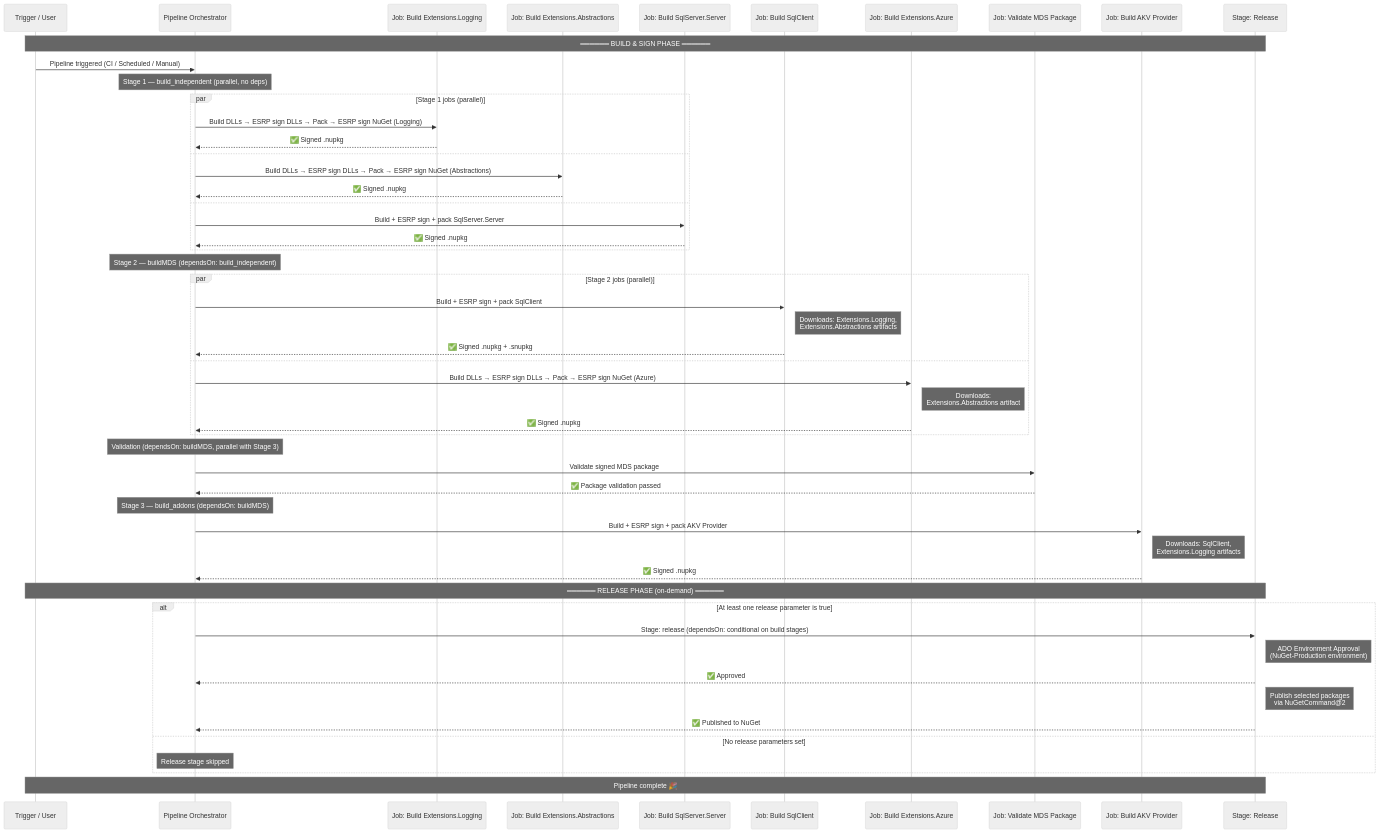
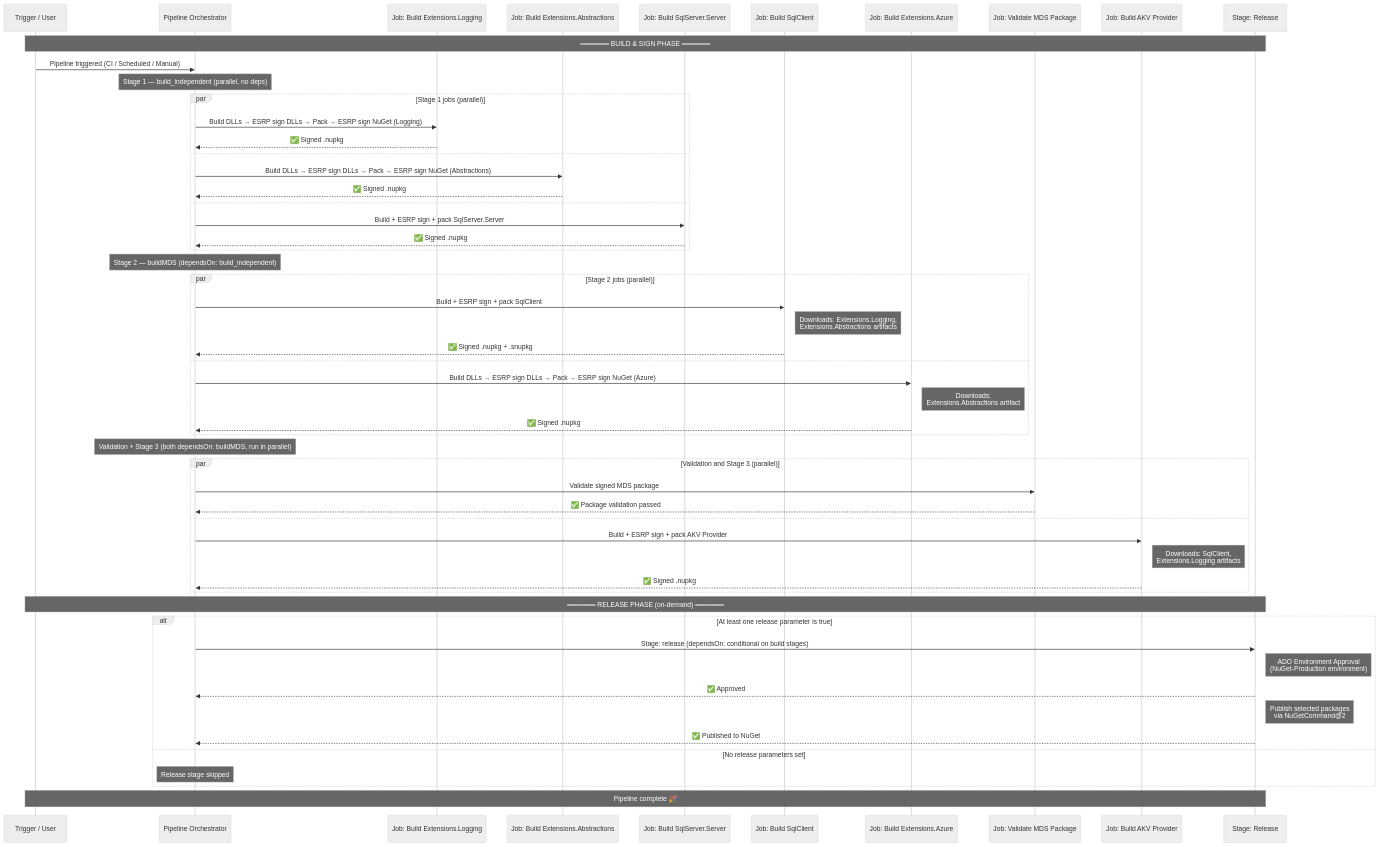
One commit to dotnet/SqlClient changed the diagram in .github/instructions/onebranch-pipeline-design.instructions.md. Above: the diagram before and after it, drawn with Mermaid (neutral theme).

Commit message:
Updated sequence diagram

````diff
--- a/.github/instructions/onebranch-pipeline-design.instructions.md
+++ b/.github/instructions/onebranch-pipeline-design.instructions.md
@@ -36,67 +36,67 @@
 ```mermaid
 sequenceDiagram
     participant T as Trigger / User
     participant P as Pipeline Orchestrator
     participant B1a as Job: Build Extensions.Logging
     participant B1b as Job: Build Extensions.Abstractions
     participant B1c as Job: Build SqlServer.Server
     participant B2a as Job: Build SqlClient
     participant B2b as Job: Build Extensions.Azure
     participant V as Job: Validate MDS Package
     participant B3 as Job: Build AKV Provider
     participant R as Stage: Release
 
     Note over T,R: ══════ BUILD & SIGN PHASE ══════
 
     T->>P: Pipeline triggered (CI / Scheduled / Manual)
 
     Note over P: Stage 1 — build_independent (parallel, no deps)
 
     par Stage 1 jobs (parallel)
         P->>B1a: Build DLLs → ESRP sign DLLs → Pack → ESRP sign NuGet (Logging)
         B1a-->>P: ✅ Signed .nupkg
     and
         P->>B1b: Build DLLs → ESRP sign DLLs → Pack → ESRP sign NuGet (Abstractions)
         B1b-->>P: ✅ Signed .nupkg
     and
         P->>B1c: Build + ESRP sign + pack SqlServer.Server
         B1c-->>P: ✅ Signed .nupkg
     end
 
     Note over P: Stage 2 — buildMDS (dependsOn: build_independent)
 
     par Stage 2 jobs (parallel)
         P->>B2a: Build + ESRP sign + pack SqlClient
         Note right of B2a: Downloads: Extensions.Logging,<br/>Extensions.Abstractions artifacts
         B2a-->>P: ✅ Signed .nupkg + .snupkg
     and
         P->>B2b: Build DLLs → ESRP sign DLLs → Pack → ESRP sign NuGet (Azure)
         Note right of B2b: Downloads:<br/>Extensions.Abstractions artifact
         B2b-->>P: ✅ Signed .nupkg
     end
 
-    Note over P: Validation (dependsOn: buildMDS, parallel with Stage 3)
+    Note over P: Validation + Stage 3 (both dependsOn: buildMDS, run in parallel)
 
-    P->>V: Validate signed MDS package
-    V-->>P: ✅ Package validation passed
-
-    Note over P: Stage 3 — build_addons (dependsOn: buildMDS)
-
-    P->>B3: Build + ESRP sign + pack AKV Provider
-    Note right of B3: Downloads: SqlClient,<br/>Extensions.Logging artifacts
-    B3-->>P: ✅ Signed .nupkg
+    par Validation and Stage 3 (parallel)
+        P->>V: Validate signed MDS package
+        V-->>P: ✅ Package validation passed
+    and
+        P->>B3: Build + ESRP sign + pack AKV Provider
+        Note right of B3: Downloads: SqlClient,<br/>Extensions.Logging artifacts
+        B3-->>P: ✅ Signed .nupkg
+    end
 
     Note over T,R: ══════ RELEASE PHASE (on-demand) ══════
 
     alt At least one release parameter is true
         P->>R: Stage: release (dependsOn: conditional on build stages)
         Note right of R: ADO Environment Approval<br/>(NuGet-Production environment)
         R-->>P: ✅ Approved
         Note right of R: Publish selected packages<br/>via NuGetCommand@2
         R-->>P: ✅ Published to NuGet
     else No release parameters set
         Note over P: Release stage skipped
     end
 
     Note over T,R: Pipeline complete 🎉
 ```
````
